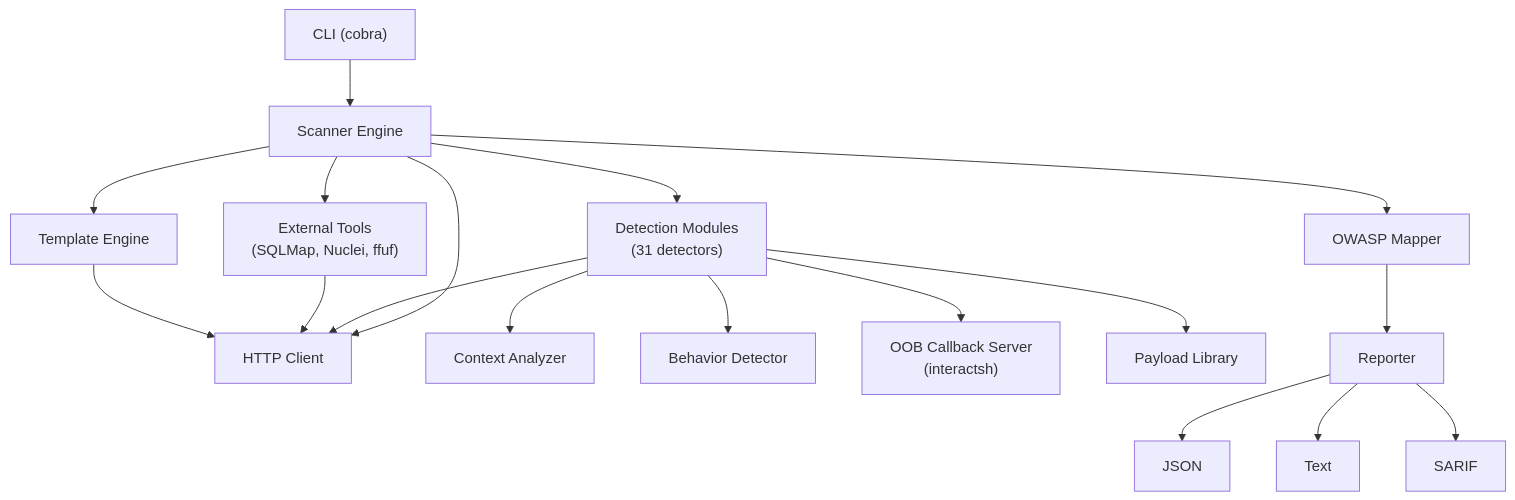
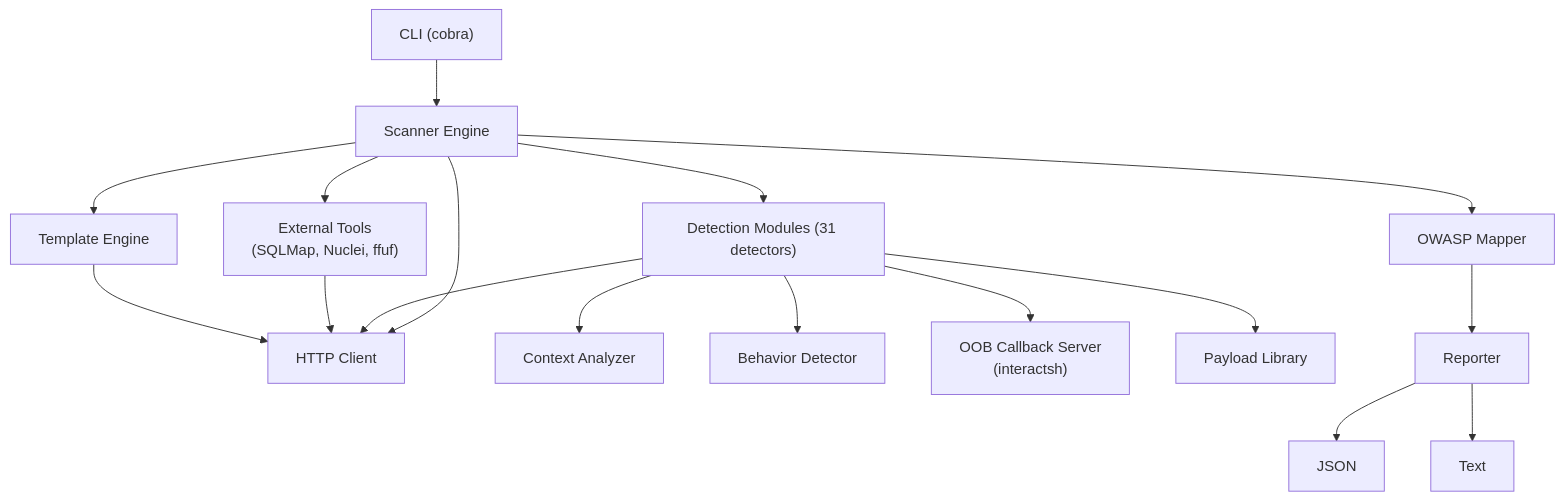
The first of 4 diagrams in README.md (TyrusRC/assay), drawn with Mermaid before and after one commit. The commit also changed other lines of this file and 212 other files, not shown here.

````diff
--- a/README.md
+++ b/README.md
@@ -10,34 +9,33 @@
 ```mermaid
 flowchart TD
     CLI["CLI (cobra)"]
     Scanner["Scanner Engine"]
     HTTP["HTTP Client"]
-    Detection["Detection Modules\n(31 detectors)"]
+    Detection["Detection Modules (31 detectors)"]
     Tools["External Tools\n(SQLMap, Nuclei, ffuf)"]
     Templates["Template Engine"]
     Context["Context Analyzer"]
     Behavior["Behavior Detector"]
     OOB["OOB Callback Server\n(interactsh)"]
     Payloads["Payload Library"]
     OWASP["OWASP Mapper"]
     Reporter["Reporter"]
 
     CLI --> Scanner
     Scanner --> HTTP
     Scanner --> Detection
     Scanner --> Tools
     Scanner --> Templates
     Detection --> Context
     Detection --> Behavior
     Detection --> OOB
     Detection --> Payloads
     Detection --> HTTP
     Tools --> HTTP
     Templates --> HTTP
     Scanner --> OWASP
     OWASP --> Reporter
 
     Reporter --> JSON["JSON"]
     Reporter --> Text["Text"]
-    Reporter --> SARIF["SARIF"]
 ```
````
